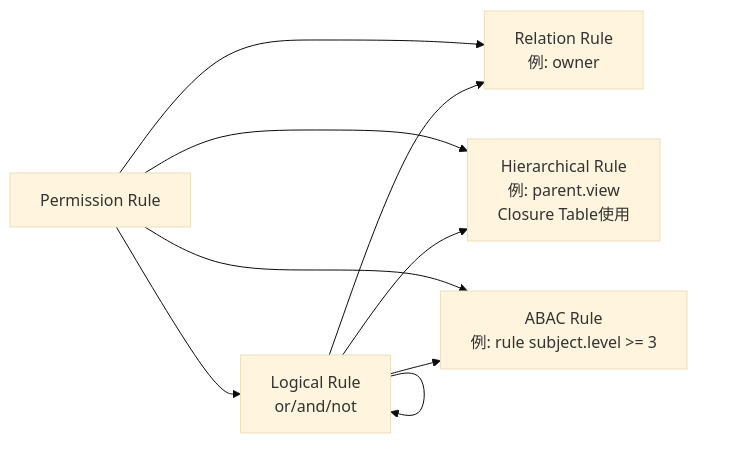
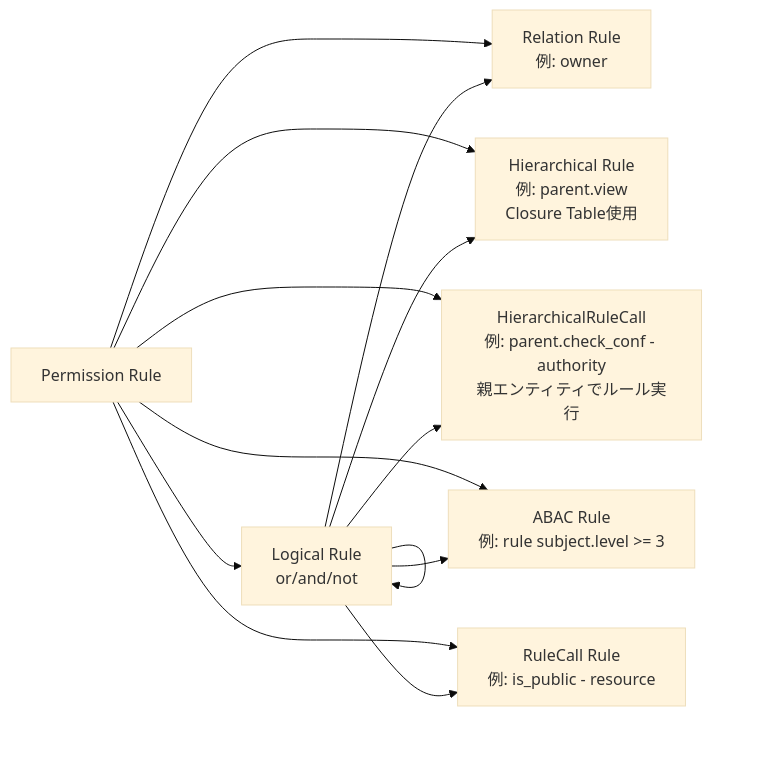
Before and after one commit to asakaida/keruberosu: the fourth of 15 diagrams in docs/ARCHITECTURE.md, drawn with Mermaid (base theme). The commit also changed other lines of this file and 3 other files, not shown here.

````diff
--- a/docs/ARCHITECTURE.md
+++ b/docs/ARCHITECTURE.md
@@ -220,14 +246,18 @@
 ```mermaid
 graph LR
     Rule[Permission Rule]
 
     Rule --> RelationRule[Relation Rule<br/>例: owner]
     Rule --> HierarchicalRule[Hierarchical Rule<br/>例: parent.view<br/>Closure Table使用]
+    Rule --> HierarchicalRuleCallRule[HierarchicalRuleCall<br/>例: parent.check_conf - authority<br/>親エンティティでルール実行]
     Rule --> ABACRule[ABAC Rule<br/>例: rule subject.level >= 3]
+    Rule --> RuleCallRule[RuleCall Rule<br/>例: is_public - resource]
     Rule --> LogicalRule[Logical Rule<br/>or/and/not]
 
     LogicalRule --> RelationRule
     LogicalRule --> HierarchicalRule
+    LogicalRule --> HierarchicalRuleCallRule
     LogicalRule --> ABACRule
+    LogicalRule --> RuleCallRule
     LogicalRule --> LogicalRule
 ```
````
